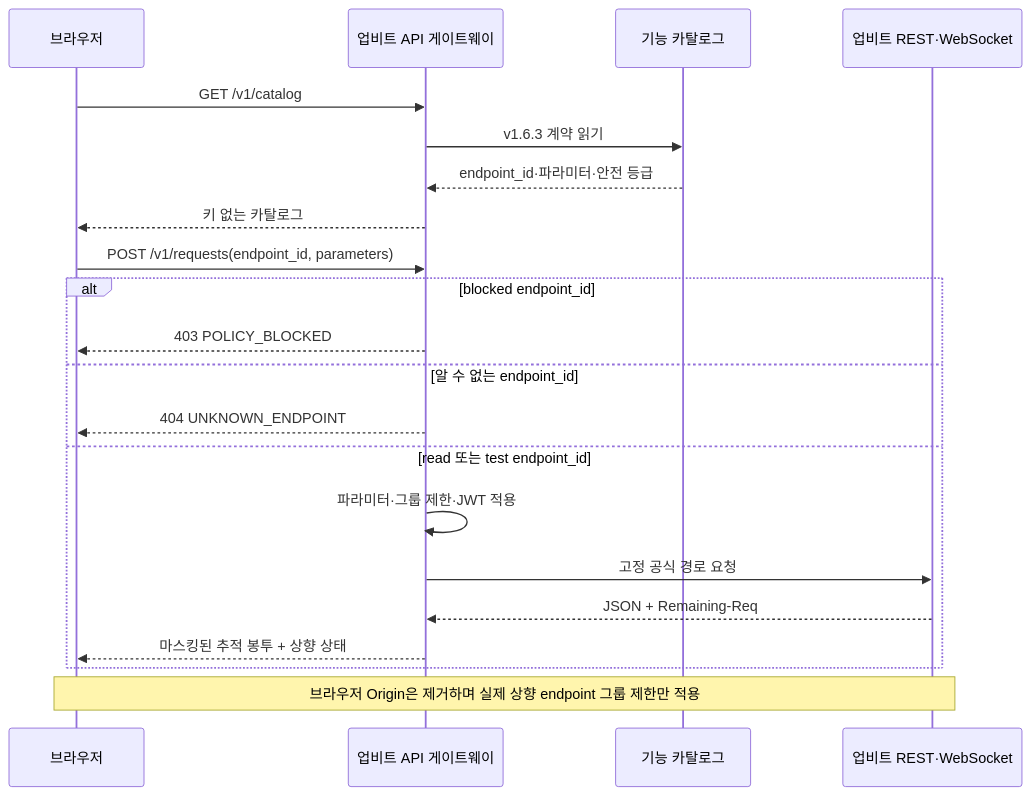
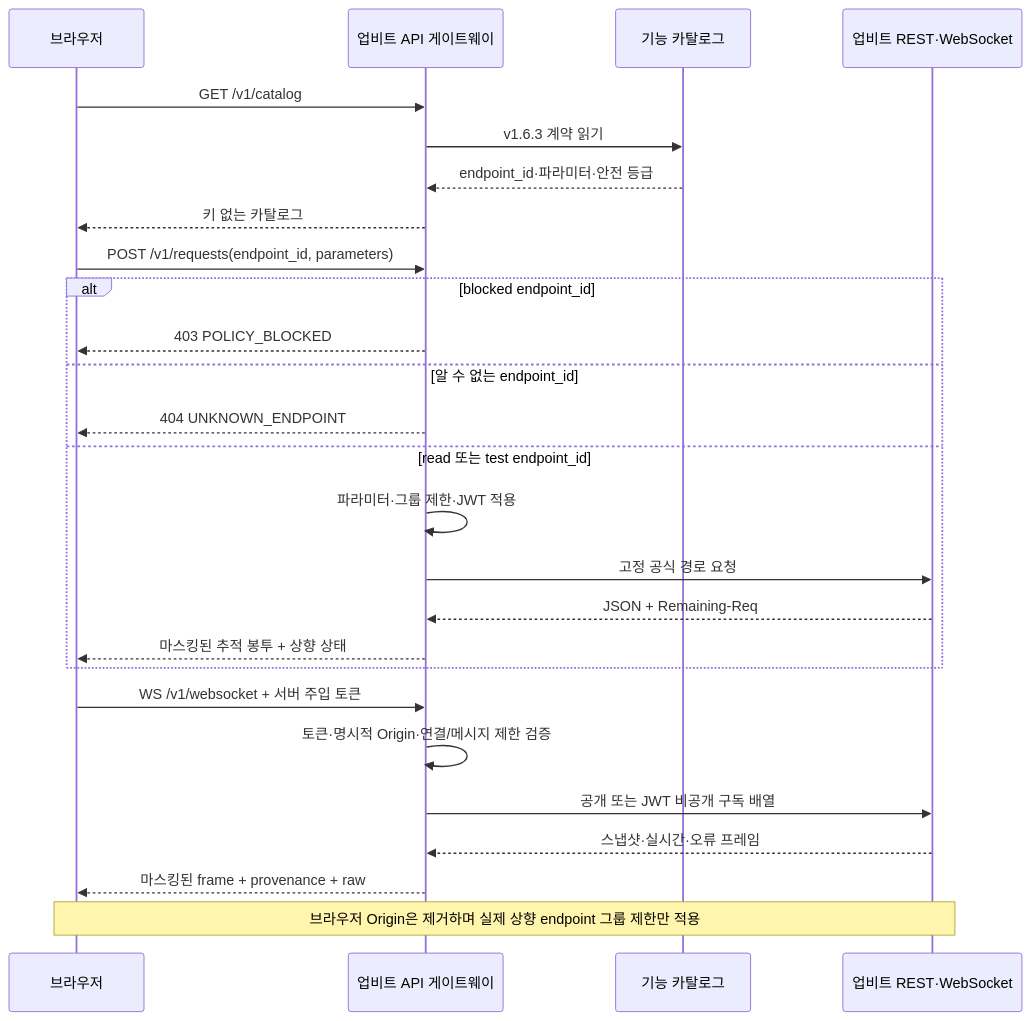
One commit to goodjoon-company/goodmoneying changed the diagram in docs/02_Architecture/upbit-api-gateway.md. Above: the diagram before and after it, drawn with Mermaid. The commit also changed other lines of this file and 6 other files, not shown here.

````diff
--- a/docs/02_Architecture/upbit-api-gateway.md
+++ b/docs/02_Architecture/upbit-api-gateway.md
@@ -25,24 +27,29 @@
 ```mermaid
 sequenceDiagram
     participant B as 브라우저
     participant G as 업비트 API 게이트웨이
     participant C as 기능 카탈로그
     participant U as 업비트 REST·WebSocket
 
     B->>G: GET /v1/catalog
     G->>C: v1.6.3 계약 읽기
     C-->>G: endpoint_id·파라미터·안전 등급
     G-->>B: 키 없는 카탈로그
     B->>G: POST /v1/requests(endpoint_id, parameters)
     alt blocked endpoint_id
         G-->>B: 403 POLICY_BLOCKED
     else 알 수 없는 endpoint_id
         G-->>B: 404 UNKNOWN_ENDPOINT
     else read 또는 test endpoint_id
         G->>G: 파라미터·그룹 제한·JWT 적용
         G->>U: 고정 공식 경로 요청
         U-->>G: JSON + Remaining-Req
         G-->>B: 마스킹된 추적 봉투 + 상향 상태
     end
+    B->>G: WS /v1/websocket + 서버 주입 토큰
+    G->>G: 토큰·명시적 Origin·연결/메시지 제한 검증
+    G->>U: 공개 또는 JWT 비공개 구독 배열
+    U-->>G: 스냅샷·실시간·오류 프레임
+    G-->>B: 마스킹된 frame + provenance + raw
     Note over B,U: 브라우저 Origin은 제거하며 실제 상향 endpoint 그룹 제한만 적용
 ```
````
